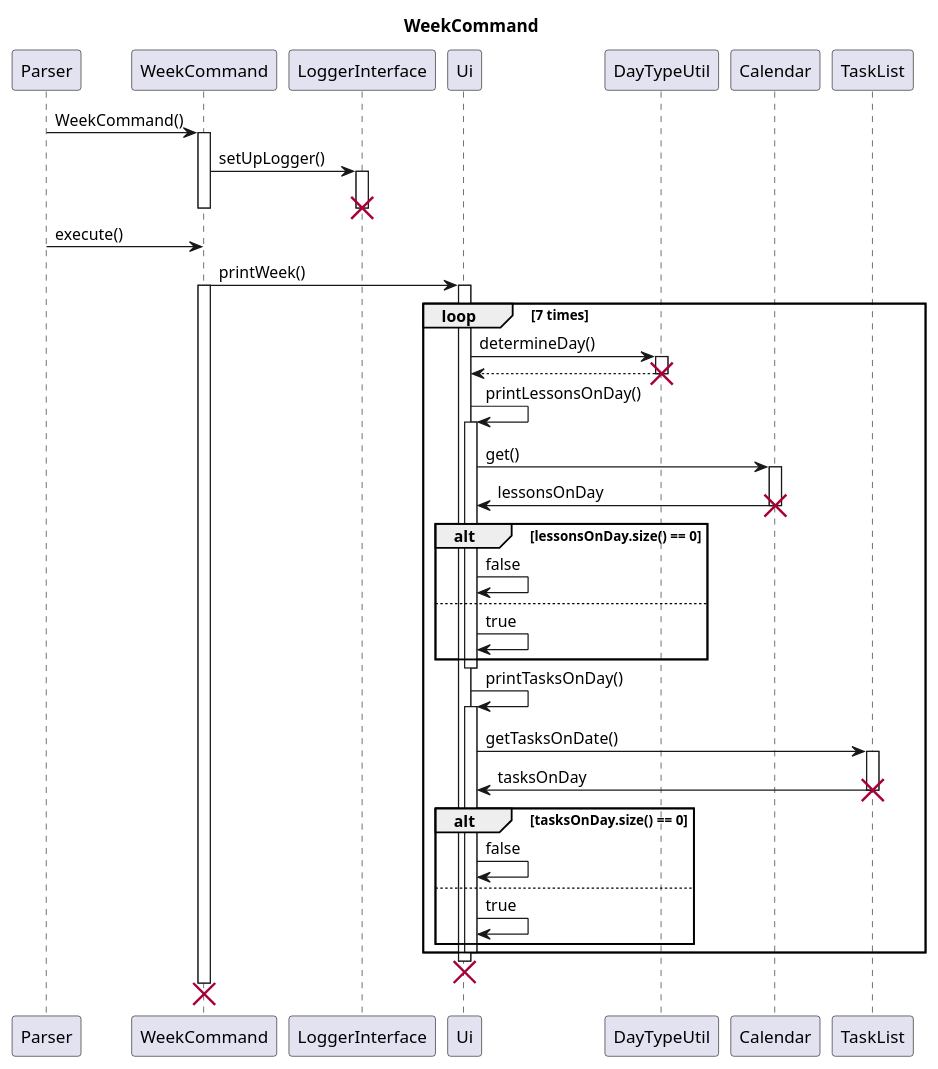
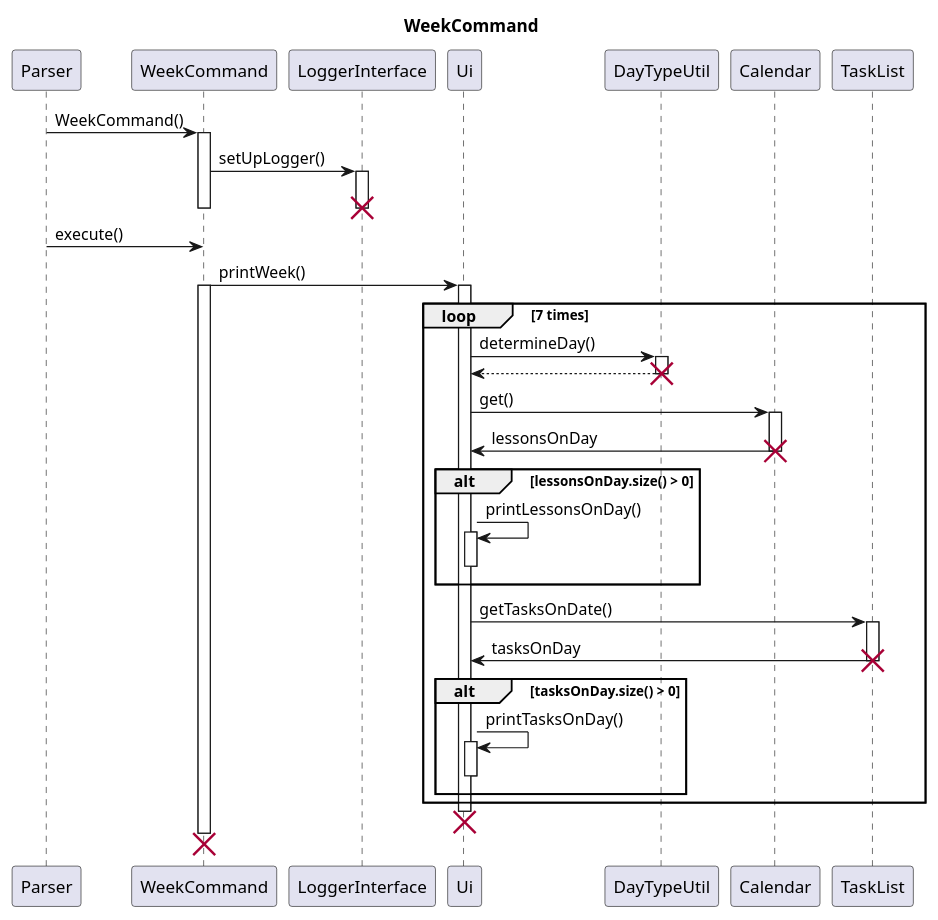
The diagram in docs/uml-source/Week.puml (nus-cs2113-AY2223S2/tp), drawn with PlantUML before and after one commit. The commit also changed 3 other files, not shown here.

```diff
--- a/docs/uml-source/Week.puml
+++ b/docs/uml-source/Week.puml
@@ -1,60 +1,55 @@
 @startuml
 'https://plantuml.com/sequence-diagram
 
 title WeekCommand
 
 participant Parser as Parser
 
 participant WeekCommand as week
 
 Parser -> week : WeekCommand()
 activate week
 week -> LoggerInterface : setUpLogger()
 
 activate LoggerInterface
 deactivate LoggerInterface
 destroy LoggerInterface
 deactivate week
 
 Parser -> week : execute()
 
 week -> Ui : printWeek()
 activate Ui
 
 activate week
 
 loop 7 times
     Ui -> DayTypeUtil : determineDay()
     activate DayTypeUtil
     return
     destroy DayTypeUtil
+
+    Ui -> Calendar : get()
+    activate Calendar
+    Calendar -> Ui : lessonsOnDay
+    destroy Calendar
+    alt lessonsOnDay.size() > 0
     Ui -> Ui : printLessonsOnDay()
     activate Ui
-        Ui -> Calendar : get()
-        activate Calendar
-        Calendar -> Ui : lessonsOnDay
-        destroy Calendar
-        alt lessonsOnDay.size() == 0
-            Ui -> Ui : false
-        else
-            Ui -> Ui : true
-        end
     deactivate Ui
+    end
 
+    Ui -> TaskList : getTasksOnDate()
+    activate TaskList
+    TaskList -> Ui : tasksOnDay
+    destroy TaskList
+    alt tasksOnDay.size() > 0
     Ui -> Ui : printTasksOnDay()
     activate Ui
-        Ui -> TaskList : getTasksOnDate()
-        activate TaskList
-        TaskList -> Ui : tasksOnDay
-        destroy TaskList
-        alt tasksOnDay.size() == 0
-            Ui -> Ui : false
-        else
-            Ui -> Ui : true
-        end
     deactivate Ui
+    end
 end
 destroy Ui
 destroy week
 
 @enduml
```
